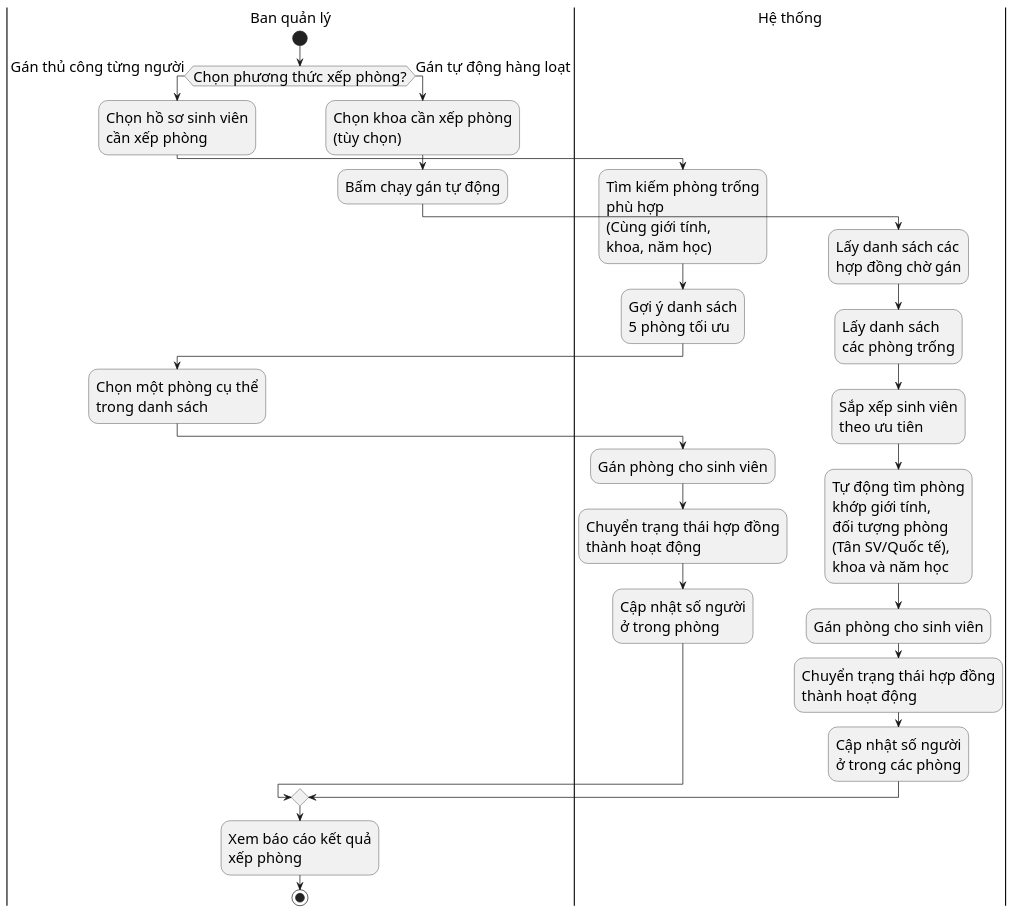
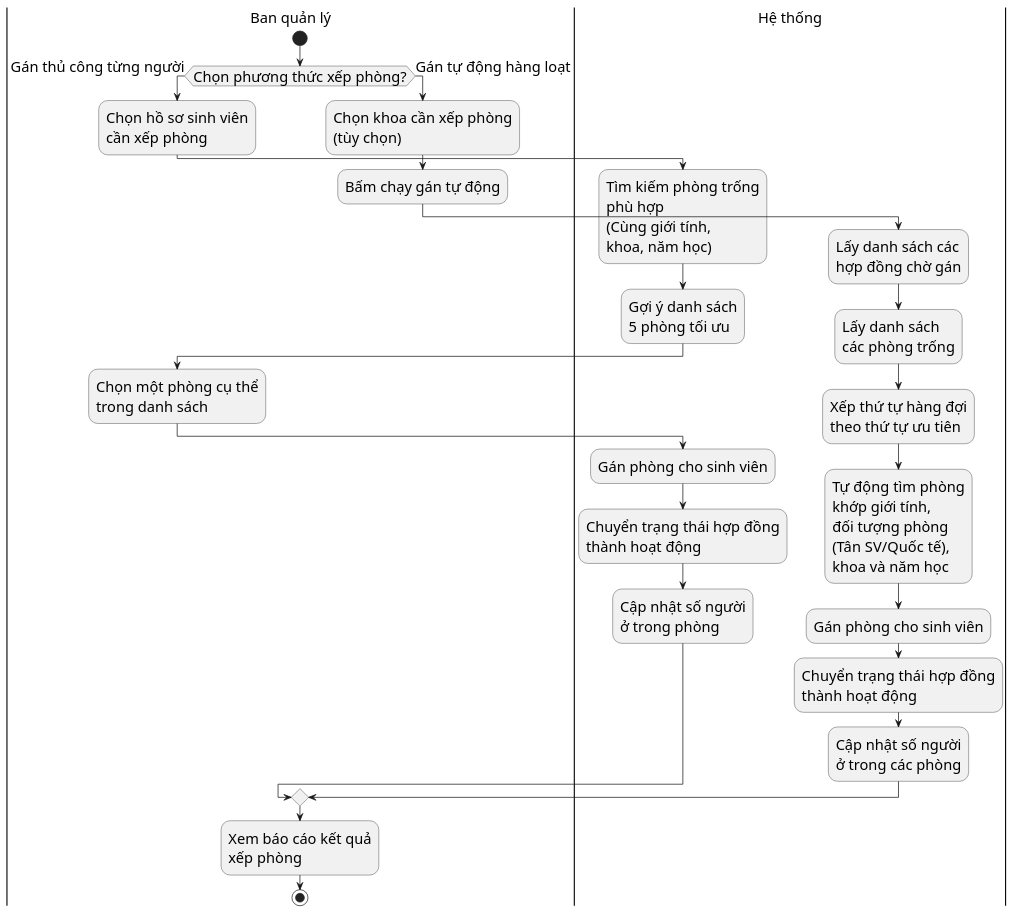
One commit to s0nbuildtech287/dormitory-frontend changed the diagram in diagrams/nhomphonghopdong/room_assignment_activity.puml. Above: the diagram before and after it, drawn with PlantUML. The commit also changed 1 other file, not shown here.

```diff
--- a/diagrams/nhomphonghopdong/room_assignment_activity.puml
+++ b/diagrams/nhomphonghopdong/room_assignment_activity.puml
@@ -1,33 +1,33 @@
 @startuml "Room Assignment Activity"
 skinparam defaultFontSize 20
 skinparam defaultFontName "Times New Roman"
 |Ban quản lý|
 start
 if (Chọn phương thức xếp phòng?) then (Gán thủ công từng người)
   :Chọn hồ sơ sinh viên\ncần xếp phòng;
   |Hệ thống|
   :Tìm kiếm phòng trống\nphù hợp\n(Cùng giới tính,\nkhoa, năm học);
   :Gợi ý danh sách\n5 phòng tối ưu;
   |Ban quản lý|
   :Chọn một phòng cụ thể\ntrong danh sách;
   |Hệ thống|
   :Gán phòng cho sinh viên;
   :Chuyển trạng thái hợp đồng\nthành hoạt động;
   :Cập nhật số người\nở trong phòng;
 else (Gán tự động hàng loạt)
   |Ban quản lý|
   :Chọn khoa cần xếp phòng\n(tùy chọn);
   :Bấm chạy gán tự động;
   |Hệ thống|
   :Lấy danh sách các\nhợp đồng chờ gán;
   :Lấy danh sách\ncác phòng trống;
-  :Sắp xếp sinh viên\ntheo ưu tiên;
+  :Xếp thứ tự hàng đợi\ntheo thứ tự ưu tiên;
   :Tự động tìm phòng\nkhớp giới tính,\nđối tượng phòng\n(Tân SV/Quốc tế),\nkhoa và năm học;
   :Gán phòng cho sinh viên;
   :Chuyển trạng thái hợp đồng\nthành hoạt động;
   :Cập nhật số người\nở trong các phòng;
 endif
 |Ban quản lý|
 :Xem báo cáo kết quả\nxếp phòng;
 stop
 @enduml
```
